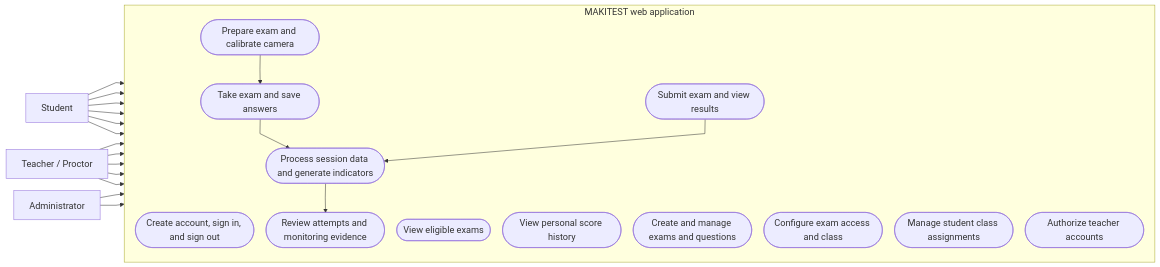
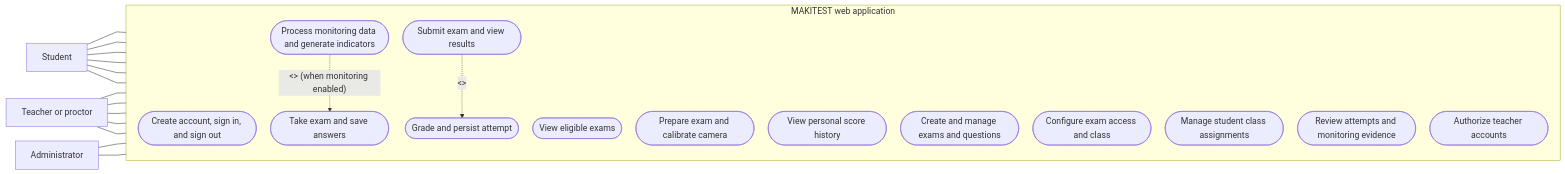
Before and after one commit to Cj22500/New-MAKITEST-Web-App-Analytics-test: the seventh of 7 diagrams in Appendix A - High-Level Data Flow Diagram.md, drawn with Mermaid. The commit also changed other lines of this file, not shown here.

Commit message:
feat: Revise high-level data flow diagram and update purpose, context, and DFD sections for clarity

````diff
--- a/Appendix A - High-Level Data Flow Diagram.md
+++ b/Appendix A - High-Level Data Flow Diagram.md
@@ -190,44 +266,43 @@
 ```mermaid
-%%{init: {"themeVariables": {"fontSize": "18px"}, "flowchart": {"nodeSpacing": 24, "rankSpacing": 32, "curve": "linear"}}}%%
+%%{init: {"themeVariables": {"fontSize": "17px"}, "flowchart": {"nodeSpacing": 28, "rankSpacing": 36, "curve": "linear"}}}%%
 flowchart LR
-    Student[Student]
-    Teacher[Teacher / Proctor]
-    Admin[Administrator]
+    Student["Student"]
+    Teacher["Teacher or proctor"]
+    Admin["Administrator"]
 
     subgraph System["MAKITEST web application"]
         direction TB
         UC1([Create account, sign in, and sign out])
         UC2([View eligible exams])
         UC3([Prepare exam and calibrate camera])
         UC4([Take exam and save answers])
         UC5([Submit exam and view results])
         UC6([View personal score history])
         UC7([Create and manage exams and questions])
         UC8([Configure exam access and class])
         UC9([Manage student class assignments])
         UC10([Review attempts and monitoring evidence])
         UC11([Authorize teacher accounts])
-        UC12([Process session data and generate indicators])
+        UC12([Process monitoring data and generate indicators])
+        UC13([Grade and persist attempt])
     end
 
-    Student --> UC1
-    Student --> UC2
-    Student --> UC3
-    Student --> UC4
-    Student --> UC5
-    Student --> UC6
+    Student --- UC1
+    Student --- UC2
+    Student --- UC3
+    Student --- UC4
+    Student --- UC5
+    Student --- UC6
 
-    Teacher --> UC1
-    Teacher --> UC7
-    Teacher --> UC8
-    Teacher --> UC9
-    Teacher --> UC10
+    Teacher --- UC1
+    Teacher --- UC7
+    Teacher --- UC8
+    Teacher --- UC9
+    Teacher --- UC10
 
-    Admin --> UC1
-    Admin --> UC11
+    Admin --- UC1
+    Admin --- UC11
 
-    UC3 --> UC4
-    UC4 --> UC12
-    UC5 --> UC12
-    UC12 --> UC10
+    UC12 -. "<<extend>> (when monitoring enabled)" .-> UC4
+    UC5 -. "<<include>>" .-> UC13
 ```
````
